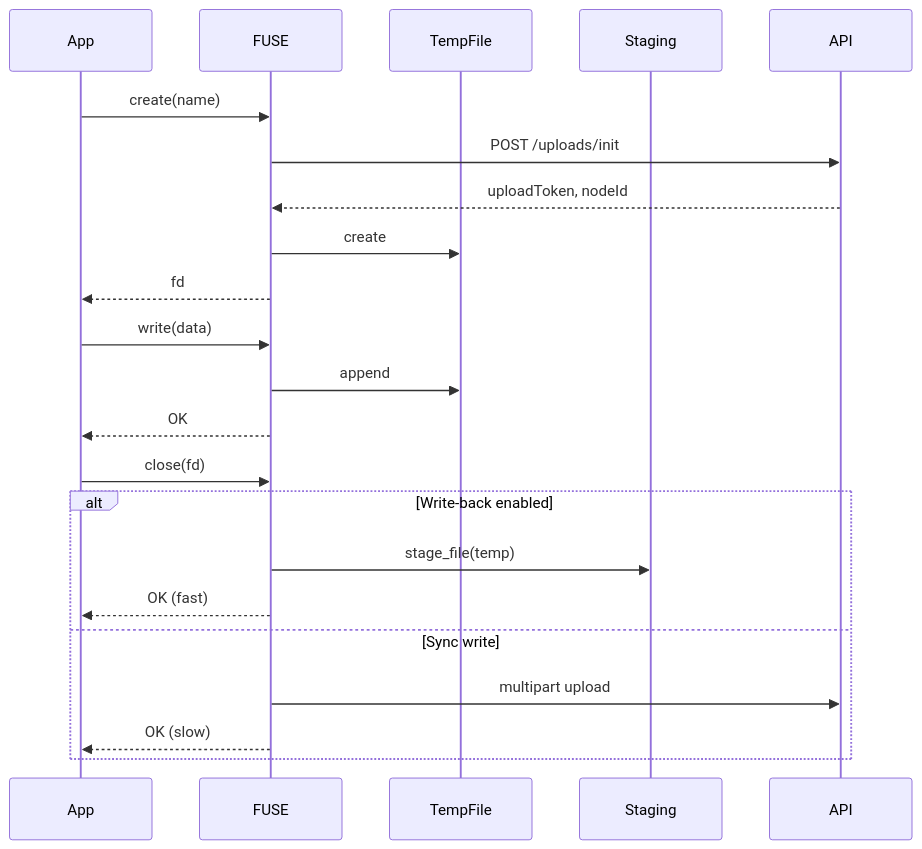
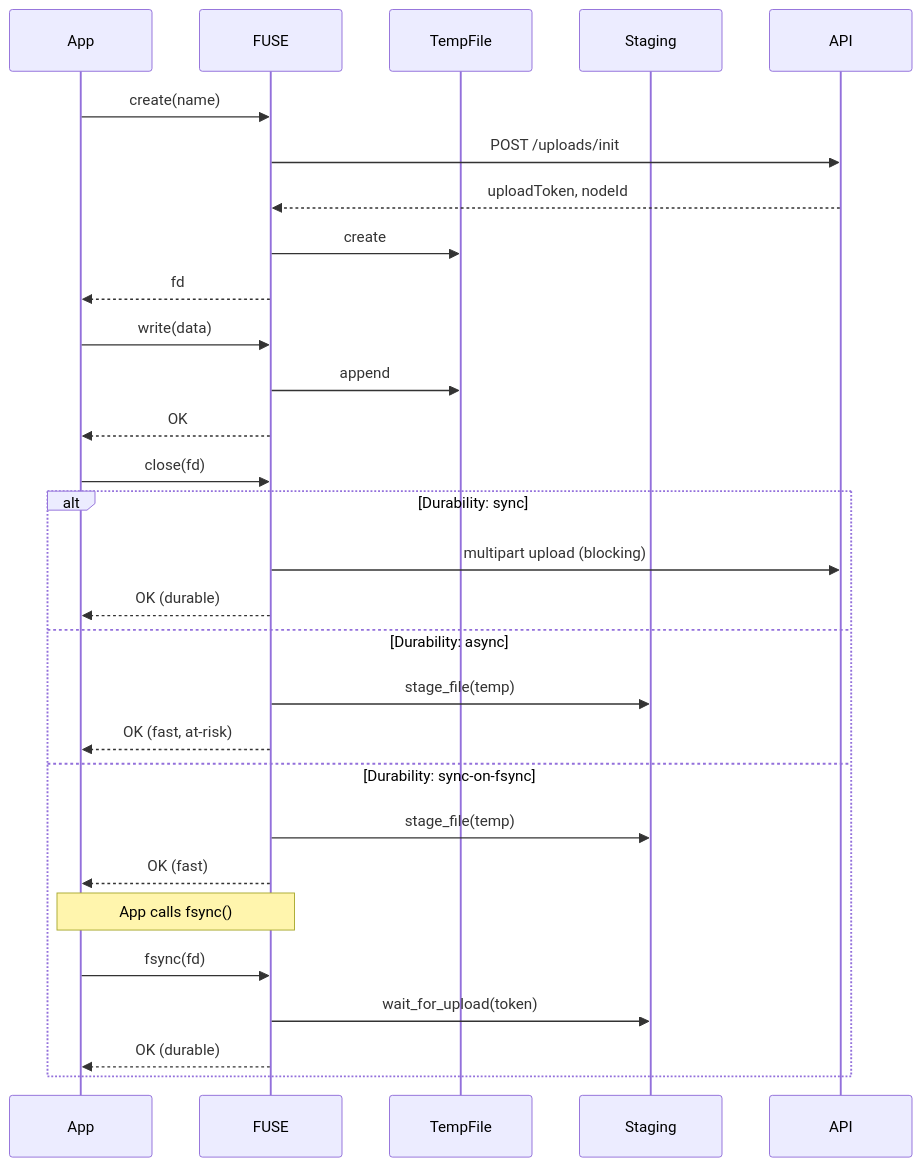
One commit to Roset-dev/Roset changed the fourth of 4 diagrams in fuse/FUSE_ARCHITECTURE.md. Above: the diagram before and after it, drawn with Mermaid. The commit also changed other lines of this file and 6 other files, not shown here.

Commit message:
feat: expand core data models and document FUSE durability, POSIX semantics, and cache coherence.

````diff
--- a/fuse/FUSE_ARCHITECTURE.md
+++ b/fuse/FUSE_ARCHITECTURE.md
@@ -263,27 +410,34 @@
 ```mermaid
 sequenceDiagram
     participant App
     participant FUSE
     participant TempFile
     participant Staging
     participant API
 
     App->>FUSE: create(name)
     FUSE->>API: POST /uploads/init
     API-->>FUSE: uploadToken, nodeId
     FUSE->>TempFile: create
     FUSE-->>App: fd
     
     App->>FUSE: write(data)
     FUSE->>TempFile: append
     FUSE-->>App: OK
     
     App->>FUSE: close(fd)
-    alt Write-back enabled
+    alt Durability: sync
+        FUSE->>API: multipart upload (blocking)
+        FUSE-->>App: OK (durable)
+    else Durability: async
+        FUSE->>Staging: stage_file(temp)
+        FUSE-->>App: OK (fast, at-risk)
+    else Durability: sync-on-fsync
         FUSE->>Staging: stage_file(temp)
         FUSE-->>App: OK (fast)
-    else Sync write
-        FUSE->>API: multipart upload
-        FUSE-->>App: OK (slow)
+        Note over App,FUSE: App calls fsync()
+        App->>FUSE: fsync(fd)
+        FUSE->>Staging: wait_for_upload(token)
+        FUSE-->>App: OK (durable)
     end
 ```
````
